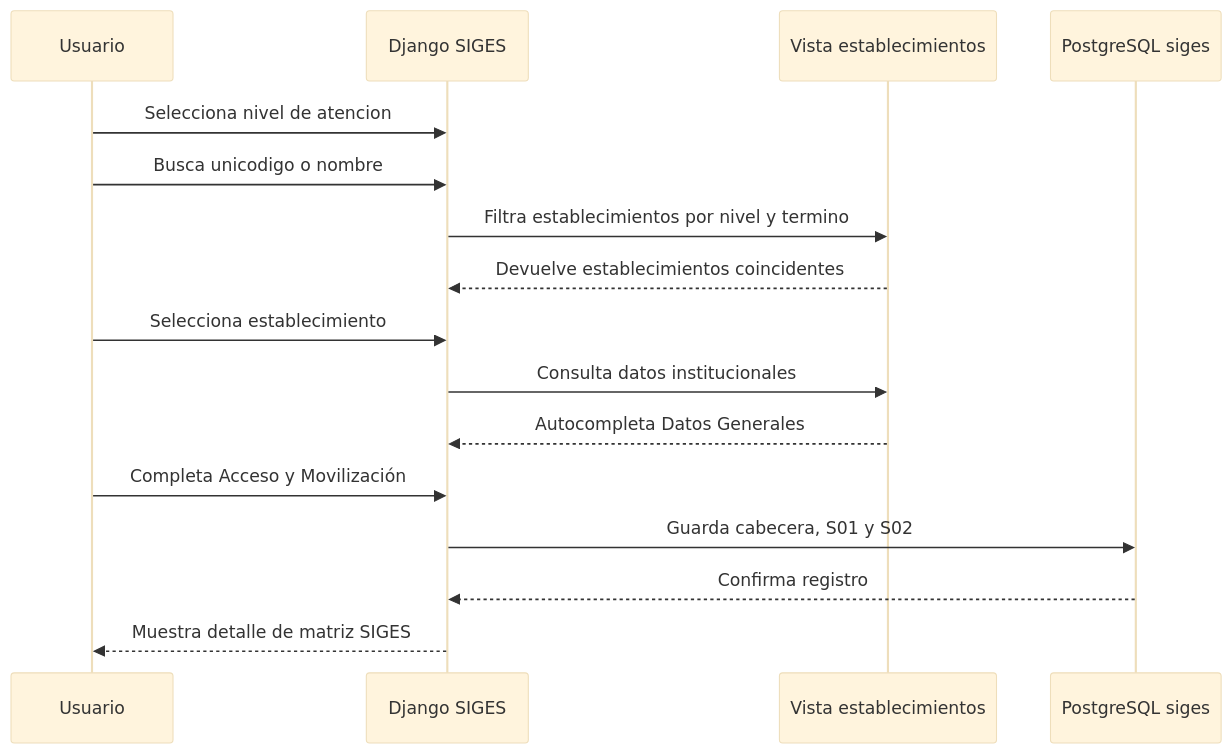
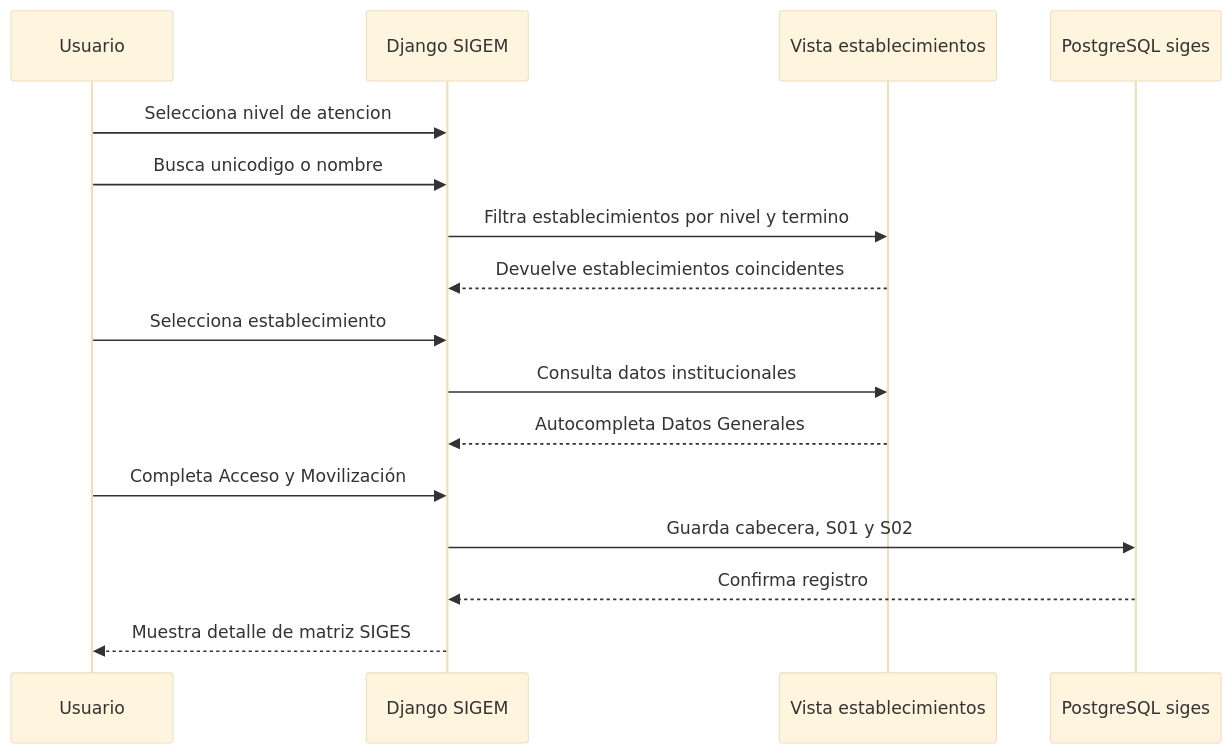
One commit to marcelochavez-ec/SIGEM changed the third of 4 diagrams in README.md. Above: the diagram before and after it, drawn with Mermaid (base theme). The commit also changed other lines of this file, not shown here.

````diff
--- a/README.md
+++ b/README.md
@@ -80,19 +80,19 @@
 ```mermaid
 sequenceDiagram
     participant Usuario
-    participant Web as Django SIGES
+    participant Web as Django SIGEM
     participant Fuente as Vista establecimientos
     participant DB as PostgreSQL siges
 
     Usuario->>Web: Selecciona nivel de atencion
     Usuario->>Web: Busca unicodigo o nombre
     Web->>Fuente: Filtra establecimientos por nivel y termino
     Fuente-->>Web: Devuelve establecimientos coincidentes
     Usuario->>Web: Selecciona establecimiento
     Web->>Fuente: Consulta datos institucionales
     Fuente-->>Web: Autocompleta Datos Generales
     Usuario->>Web: Completa Acceso y Movilización
     Web->>DB: Guarda cabecera, S01 y S02
     DB-->>Web: Confirma registro
     Web-->>Usuario: Muestra detalle de matriz SIGES
 ```
````
